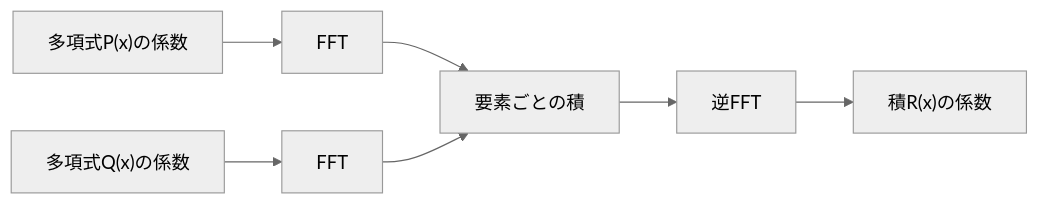
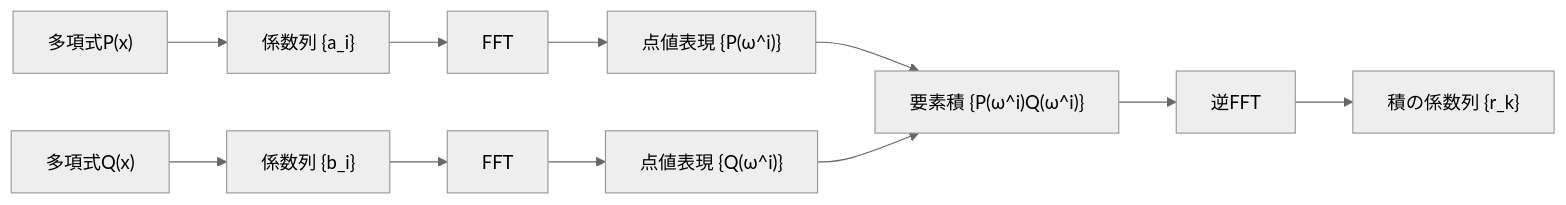
Before and after one commit to gtnao/viblog: the third of 3 diagrams in articles/competitive_programming/fast_fourier_transform.md, drawn with Mermaid (neutral theme). The commit also changed other lines of this file and 4 other files, not shown here.

````diff
--- a/articles/competitive_programming/fast_fourier_transform.md
+++ b/articles/competitive_programming/fast_fourier_transform.md
@@ -117,9 +191,13 @@
 ```mermaid
 graph LR
-    A["多項式P(x)の係数"] --> B["FFT"]
-    C["多項式Q(x)の係数"] --> D["FFT"]
-    B --> E["要素ごとの積"]
-    D --> E
-    E --> F["逆FFT"]
-    F --> G["積R(x)の係数"]
+    A["多項式P(x)"] --> B["係数列 {a_i}"]
+    C["多項式Q(x)"] --> D["係数列 {b_i}"]
+    B --> E["FFT"]
+    D --> F["FFT"]
+    E --> G["点値表現 {P(ω^i)}"]
+    F --> H["点値表現 {Q(ω^i)}"]
+    G --> I["要素積 {P(ω^i)Q(ω^i)}"]
+    H --> I
+    I --> J["逆FFT"]
+    J --> K["積の係数列 {r_k}"]
 ```
````
